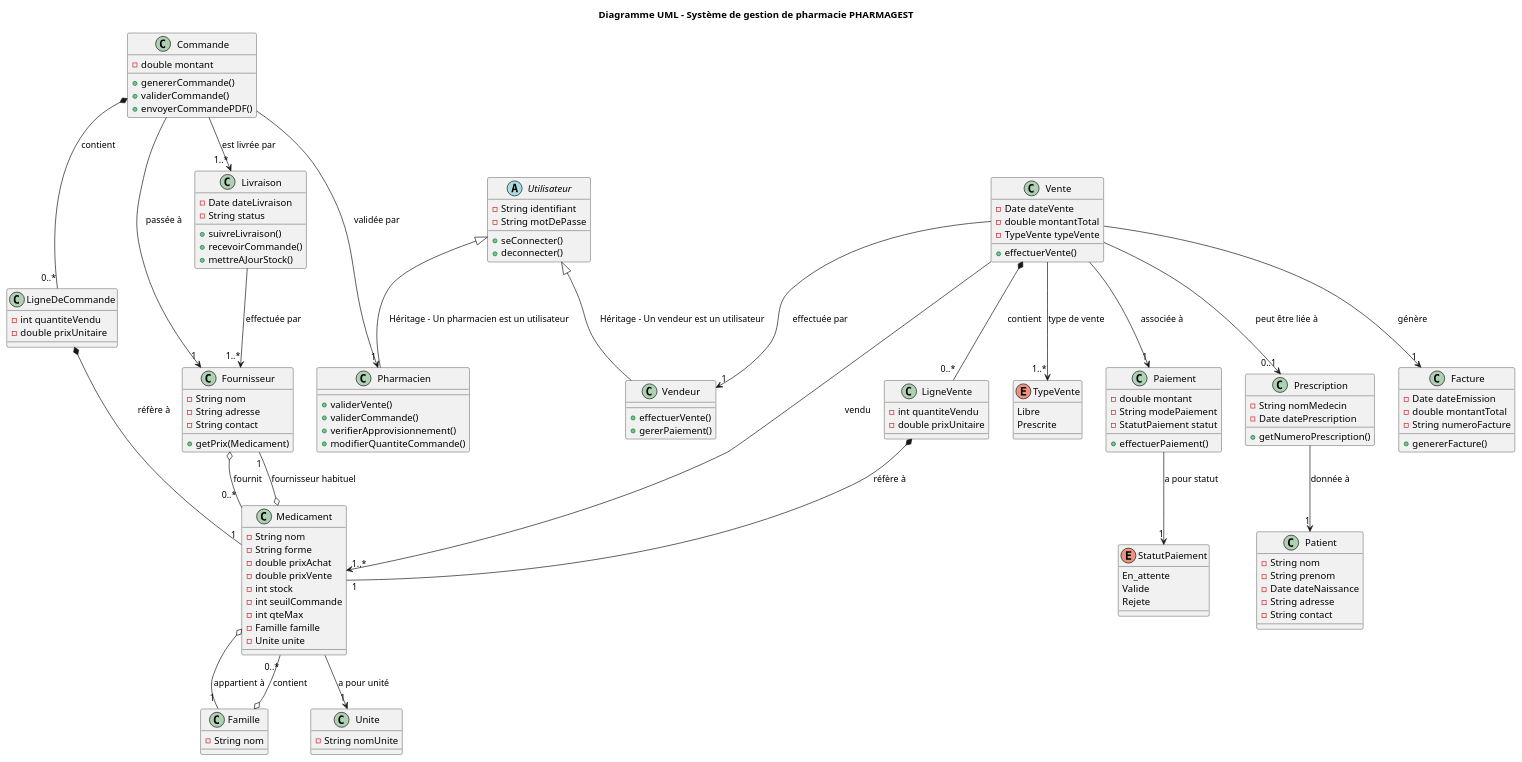
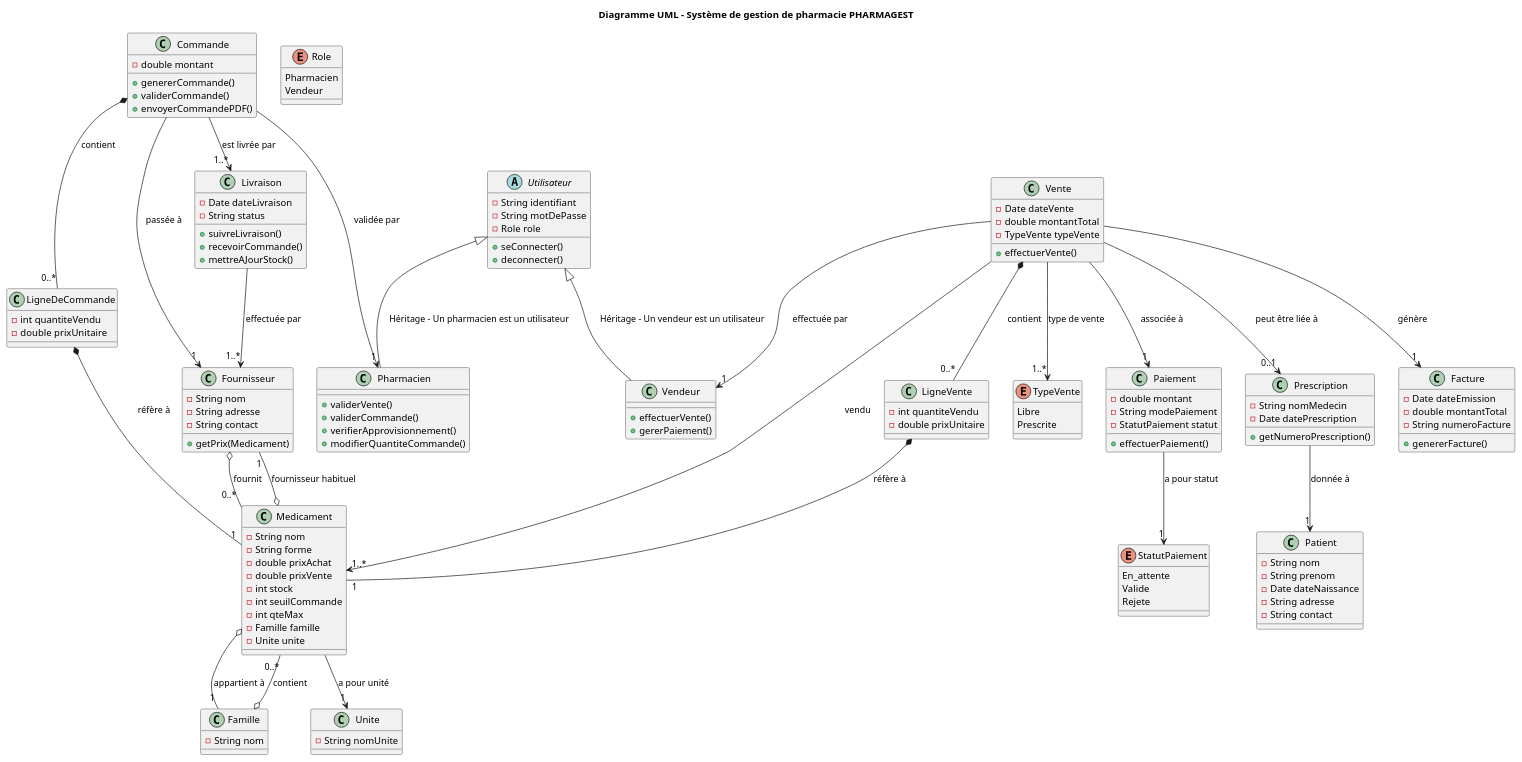
The diagram in Pharma_gest/Pharma_gest/README.md (Moustansir-H/Pharmagest-RP2), drawn with PlantUML before and after one commit. The commit also changed 30 other files, not shown here.

```diff
--- a/Pharma_gest/Pharma_gest/README.md
+++ b/Pharma_gest/Pharma_gest/README.md
@@ -13,6 +13,7 @@
 abstract class Utilisateur {
     - String identifiant
     - String motDePasse
+    - Role role
     + seConnecter()
     + deconnecter()
 }
@@ -123,6 +124,12 @@
     Rejete
 }
 
+enum Role {
+    Pharmacien
+    Vendeur
+}
+
+
 class Unite {
     - String nomUnite
 }
```
